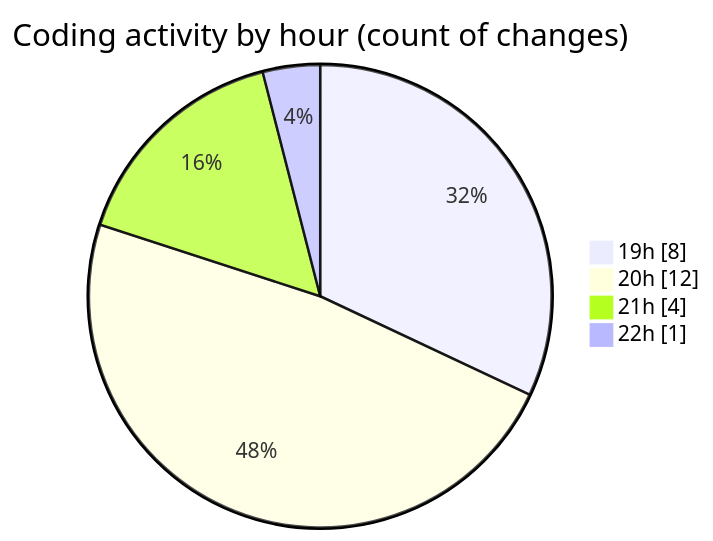
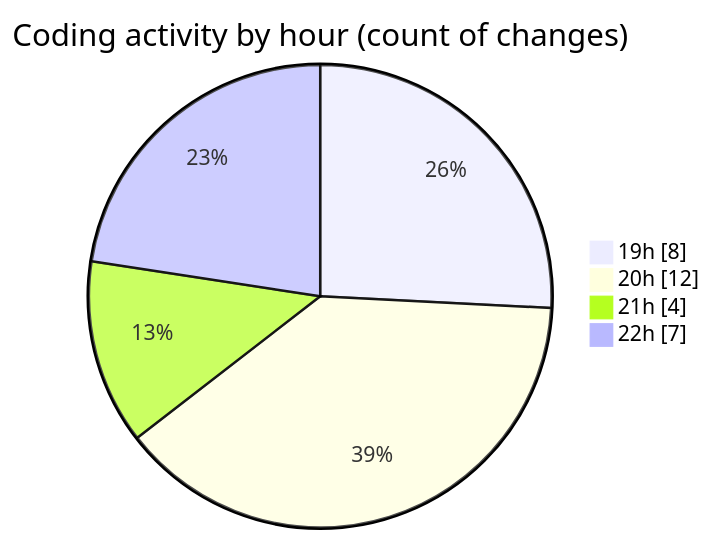
Before and after one commit to Elitesun/code-tracking: the second of 2 diagrams in 2025-04-10/product-page/README.md, drawn with Mermaid. The commit also changed other lines of this file and 1 other file, not shown here.

````diff
--- a/2025-04-10/product-page/README.md
+++ b/2025-04-10/product-page/README.md
@@ -40,8 +43,8 @@
 ```mermaid
 pie showData
 title Coding activity by hour (count of changes)
 "19h" : 8
 "20h" : 12
 "21h" : 4
-"22h" : 1
+"22h" : 7
 ```
````
